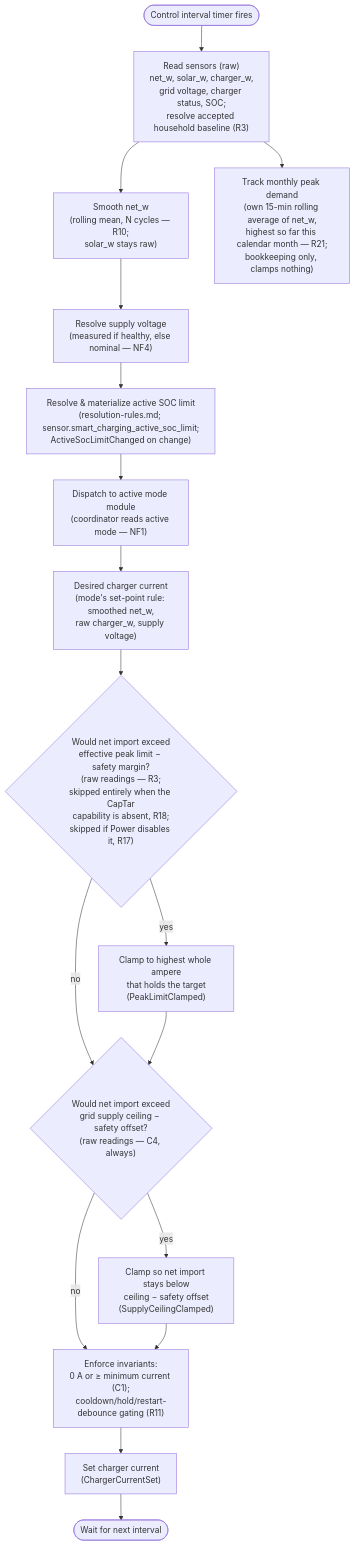
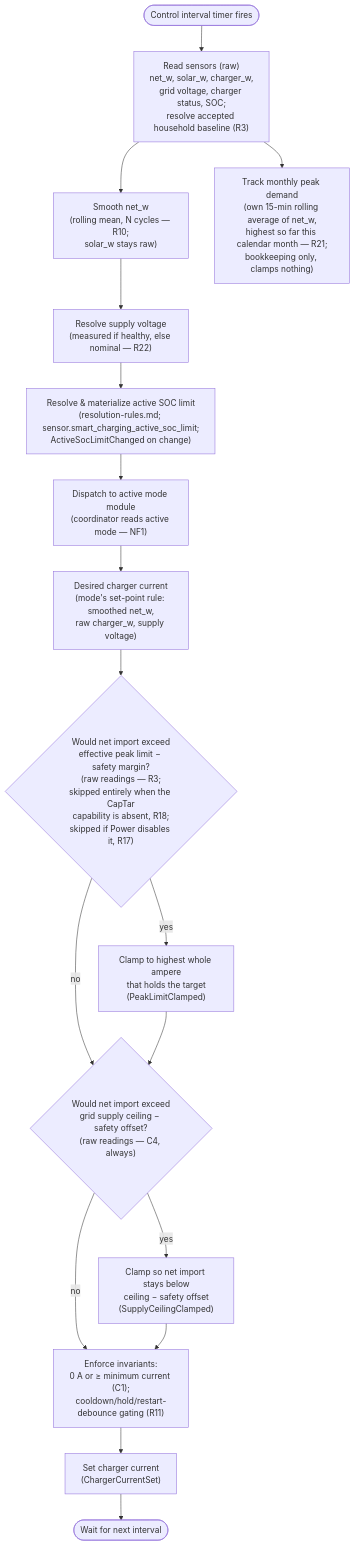
Before and after one commit to kristofdegrave/homeassistant-smart-charging: the diagram in docs/analysis/control-cycle.md, drawn with Mermaid. The commit also changed other lines of this file and 8 other files, not shown here.

````diff
--- a/docs/analysis/control-cycle.md
+++ b/docs/analysis/control-cycle.md
@@ -69,19 +69,19 @@
 ```mermaid
 flowchart TD
     Timer(["Control interval timer fires"]) --> Read["Read sensors (raw)<br/>net_w, solar_w, charger_w,<br/>grid voltage, charger status, SOC;<br/>resolve accepted household baseline (R3)"]
     Read --> Smooth["Smooth net_w<br/>(rolling mean, N cycles — R10;<br/>solar_w stays raw)"]
     Read --> PeakTrack["Track monthly peak demand<br/>(own 15-min rolling average of net_w,<br/>highest so far this calendar month — R21;<br/>bookkeeping only, clamps nothing)"]
-    Smooth --> Volt["Resolve supply voltage<br/>(measured if healthy, else nominal — NF4)"]
+    Smooth --> Volt["Resolve supply voltage<br/>(measured if healthy, else nominal — R22)"]
     Volt --> SocLimit["Resolve & materialize active SOC limit<br/>(resolution-rules.md; sensor.smart_charging_active_soc_limit;<br/>ActiveSocLimitChanged on change)"]
     SocLimit --> Dispatch["Dispatch to active mode module<br/>(coordinator reads active mode — NF1)"]
     Dispatch --> Desired["Desired charger current<br/>(mode's set-point rule: smoothed net_w,<br/>raw charger_w, supply voltage)"]
     Desired --> Peak{"Would net import exceed<br/>effective peak limit − safety margin?<br/>(raw readings — R3;<br/>skipped entirely when the CapTar<br/>capability is absent, R18;<br/>skipped if Power disables it, R17)"}
     Peak -->|yes| Clamp["Clamp to highest whole ampere<br/>that holds the target<br/>(PeakLimitClamped)"]
     Peak -->|no| Ceiling
     Clamp --> Ceiling{"Would net import exceed<br/>grid supply ceiling − safety offset?<br/>(raw readings — C4, always)"}
     Ceiling -->|yes| CeilingClamp["Clamp so net import stays below<br/>ceiling − safety offset<br/>(SupplyCeilingClamped)"]
     Ceiling -->|no| Invariant
     CeilingClamp --> Invariant["Enforce invariants:<br/>0 A or ≥ minimum current (C1);<br/>cooldown/hold/restart-debounce gating (R11)"]
     Invariant --> Set["Set charger current<br/>(ChargerCurrentSet)"]
     Set --> Wait(["Wait for next interval"])
 ```
````
